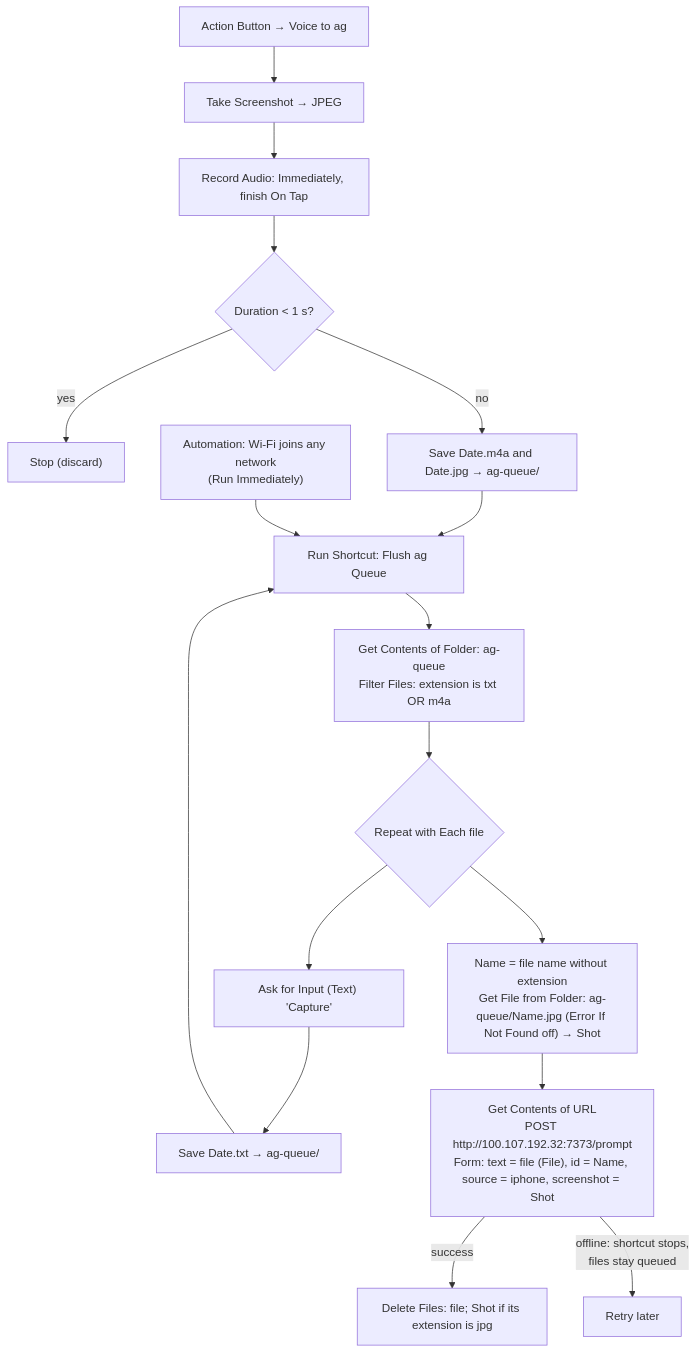
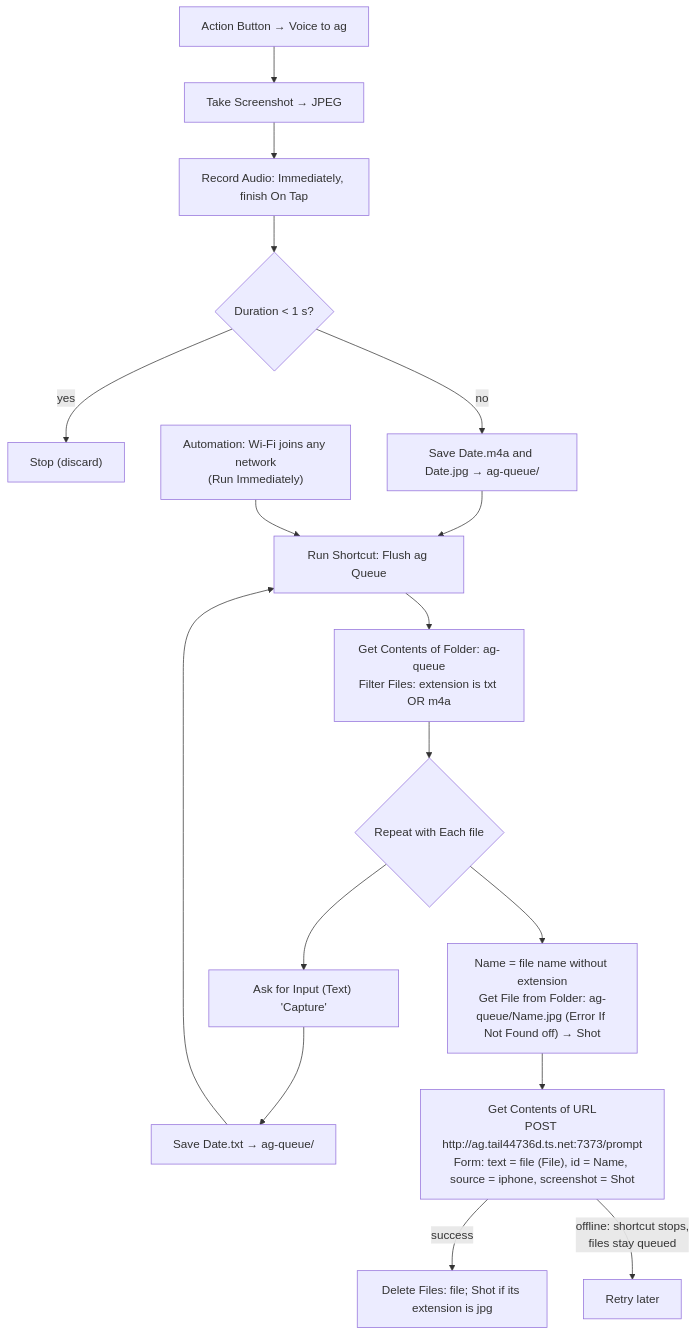
One commit to koerschner/ag changed the diagram in ios-shortcuts/capture-to-ag.md. Above: the diagram before and after it, drawn with Mermaid. The commit also changed other lines of this file and 6 other files, not shown here.

Commit message:
iOS Shortcuts point at ag.tail44736d.ts.net (edited via computer use on ag-mac); remove ag-legacy-forward

````diff
--- a/ios-shortcuts/capture-to-ag.md
+++ b/ios-shortcuts/capture-to-ag.md
@@ -31,21 +31,21 @@
 ```mermaid
 flowchart TD
     A[Action Button → Voice to ag] --> V0["Take Screenshot → JPEG"]
     V0 --> V4["Record Audio: Immediately, finish On Tap"]
     V4 --> V7{"Duration < 1 s?"}
     V7 -- yes --> V8["Stop (discard)"]
     V7 -- no --> V9["Save Date.m4a and Date.jpg → ag-queue/"]
     V9 --> F["Run Shortcut: Flush ag Queue"]
 
     H[Home Screen icon → Capture to ag] --> B["Ask for Input (Text) 'Capture'"]
     B --> D["Save Date.txt → ag-queue/"]
     D --> F
 
     W["Automation: Wi-Fi joins any network<br/>(Run Immediately)"] --> F
     F --> G["Get Contents of Folder: ag-queue<br/>Filter Files: extension is txt OR m4a"]
     G --> H{"Repeat with Each file"}
     H --> N["Name = file name without extension<br/>Get File from Folder: ag-queue/Name.jpg (Error If Not Found off) → Shot"]
-    N --> I["Get Contents of URL<br/>POST http://100.107.192.32:7373/prompt<br/>Form: text = file (File), id = Name, source = iphone, screenshot = Shot"]
+    N --> I["Get Contents of URL<br/>POST http://ag.tail44736d.ts.net:7373/prompt<br/>Form: text = file (File), id = Name, source = iphone, screenshot = Shot"]
     I -- "success" --> J["Delete Files: file; Shot if its extension is jpg"]
     I -- "offline: shortcut stops,<br/>files stay queued" --> K[Retry later]
 ```
````
